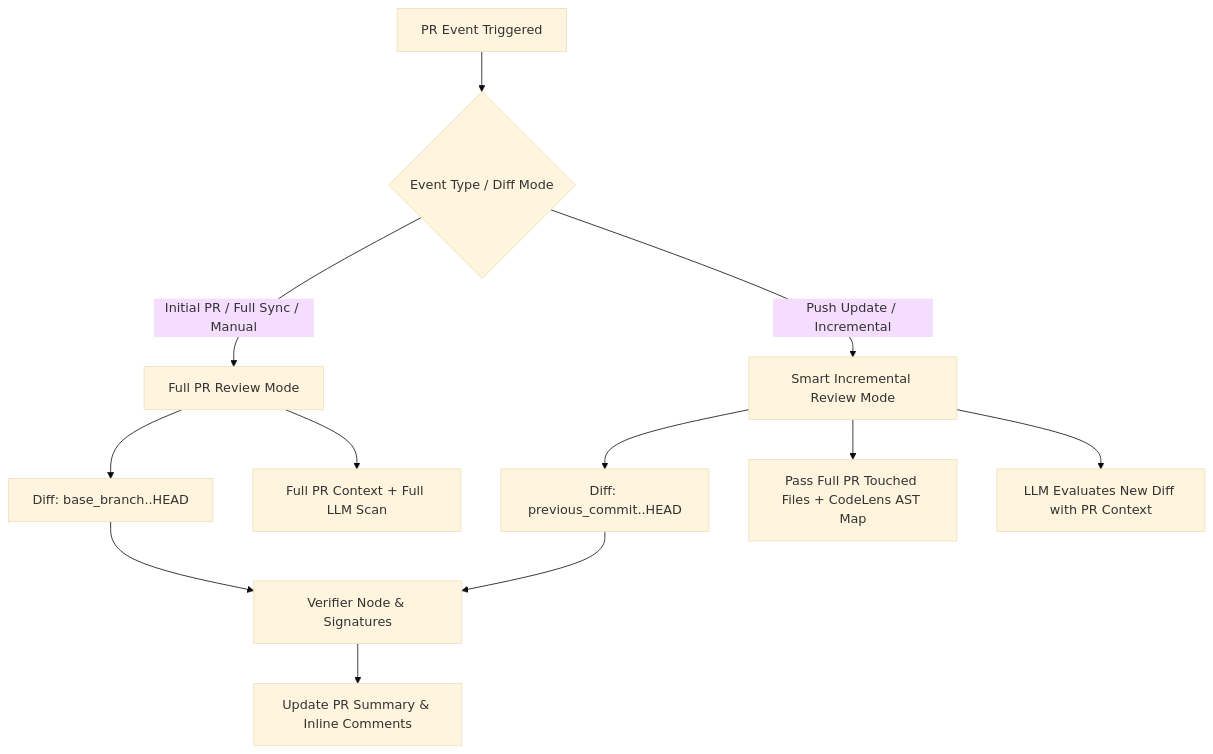
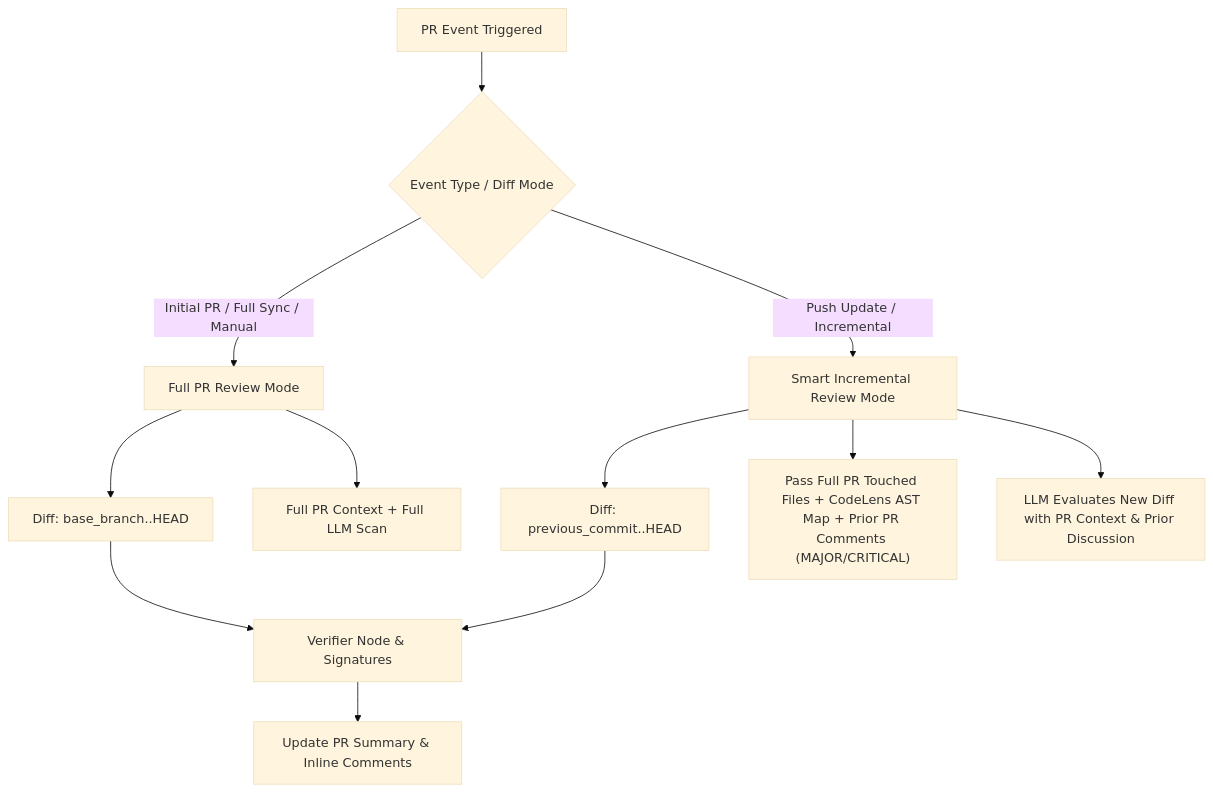
The second of 2 diagrams in README.md (vyoman-labs/prism-reviewer), drawn with Mermaid (base theme) before and after one commit. The commit also changed other lines of this file and 19 other files, not shown here.

````diff
--- a/README.md
+++ b/README.md
@@ -81,17 +85,17 @@
 ```mermaid
 flowchart TD
     A["PR Event Triggered"] --> B{"Event Type / Diff Mode"}
     B -- "Initial PR / Full Sync / Manual" --> C["Full PR Review Mode"]
     B -- "Push Update / Incremental" --> D["Smart Incremental Review Mode"]
 
     C --> E["Diff: base_branch..HEAD"]
     C --> F["Full PR Context + Full LLM Scan"]
     
     D --> G["Diff: previous_commit..HEAD"]
-    D --> H["Pass Full PR Touched Files + CodeLens AST Map"]
-    D --> I["LLM Evaluates New Diff with PR Context"]
+    D --> H["Pass Full PR Touched Files + CodeLens AST Map + Prior PR Comments (MAJOR/CRITICAL)"]
+    D --> I["LLM Evaluates New Diff with PR Context & Prior Discussion"]
 
     E --> J["Verifier Node & Signatures"]
     G --> J
     J --> K["Update PR Summary & Inline Comments"]
 ```
````
